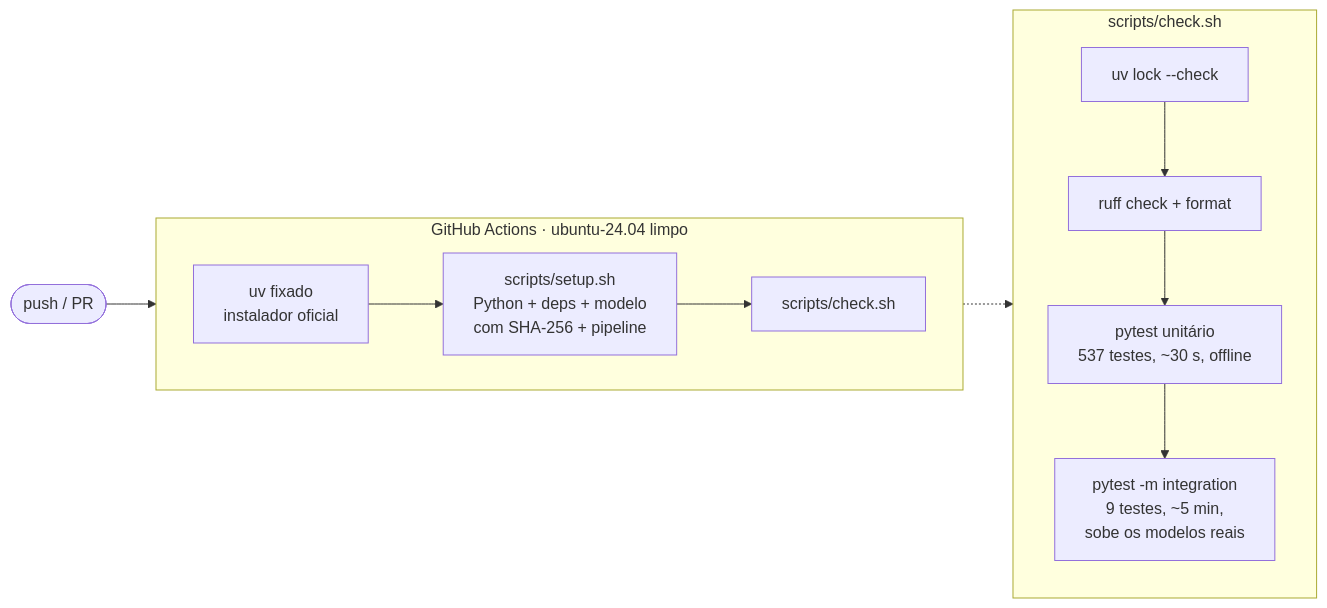
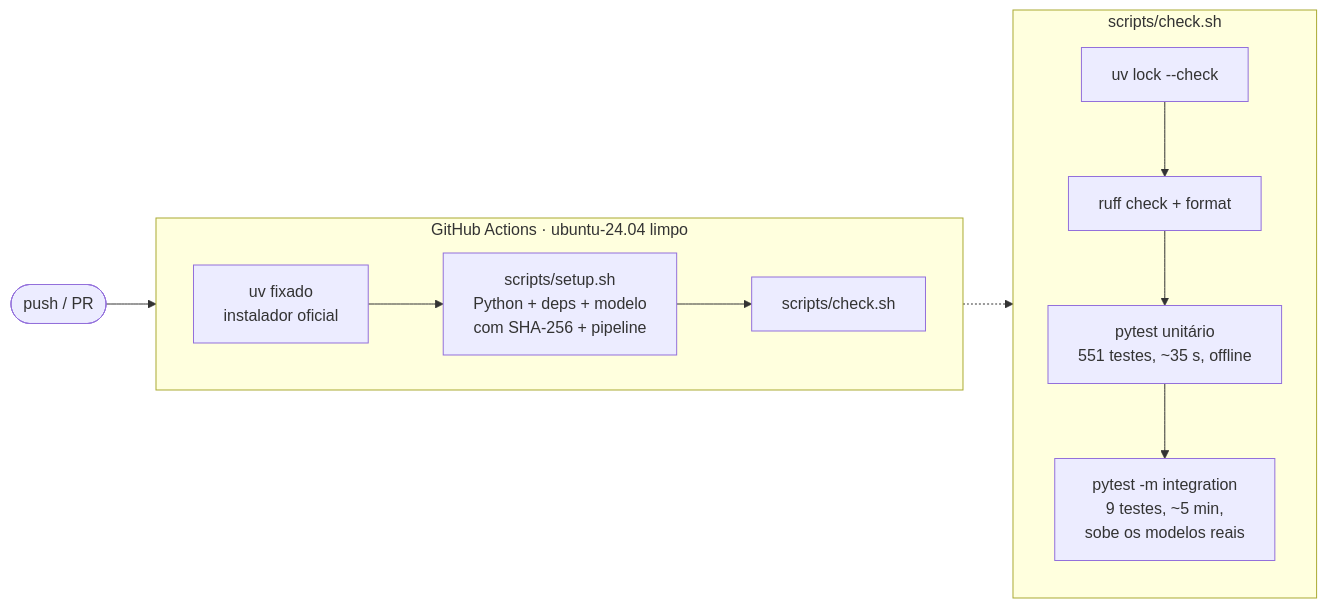
Before and after one commit to RonildoSilva/ai-engineer-challenge: the sixth of 20 diagrams in README.md, drawn with Mermaid. The commit also changed other lines of this file and 26 other files, not shown here.

````diff
--- a/README.md
+++ b/README.md
@@ -256,15 +265,15 @@
 ```mermaid
 flowchart LR
     P([push / PR]) --> CI
     subgraph CI[GitHub Actions · ubuntu-24.04 limpo]
         direction LR
         U[uv fixado<br/>instalador oficial] --> S[scripts/setup.sh<br/>Python + deps + modelo<br/>com SHA-256 + pipeline] --> K[scripts/check.sh]
     end
     subgraph K2[scripts/check.sh]
         direction TB
         L1[uv lock --check] --> L2[ruff check + format]
-        L2 --> L3[pytest unitário<br/>537 testes, ~30 s, offline]
+        L2 --> L3[pytest unitário<br/>551 testes, ~35 s, offline]
         L3 --> L4[pytest -m integration<br/>9 testes, ~5 min,<br/>sobe os modelos reais]
     end
     K -.-> K2
 ```
````
